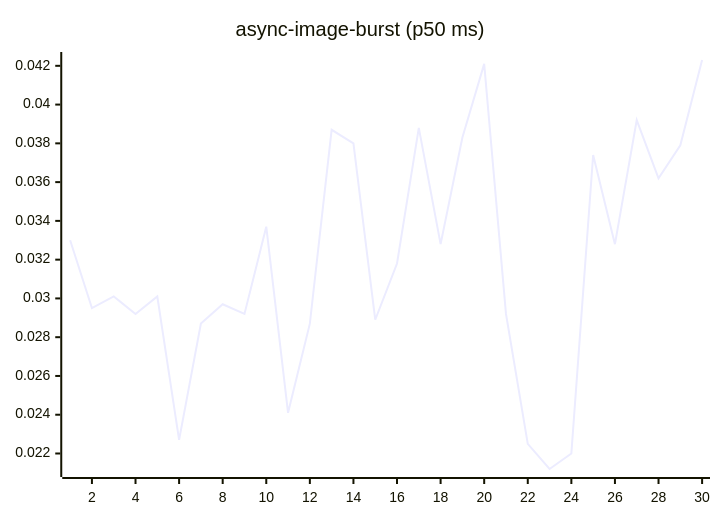
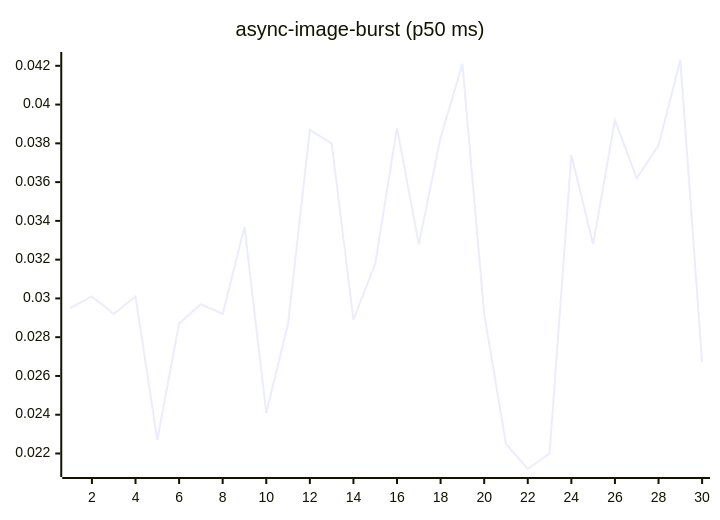
Before and after one commit to josha/Facet: the fourth of 27 diagrams in README.md, drawn with Mermaid. The commit also changed other lines of this file and 2 other files, not shown here.

````diff
--- a/README.md
+++ b/README.md
@@ -84,6 +84,6 @@
 ```mermaid
 xychart-beta
     title "async-image-burst (p50 ms)"
     x-axis 1 --> 30
-    line [0.0330, 0.0295, 0.0301, 0.0292, 0.0301, 0.0227, 0.0287, 0.0297, 0.0292, 0.0337, 0.0241, 0.0287, 0.0387, 0.0380, 0.0289, 0.0318, 0.0388, 0.0328, 0.0383, 0.0421, 0.0292, 0.0225, 0.0212, 0.0220, 0.0374, 0.0328, 0.0392, 0.0362, 0.0379, 0.0423]
+    line [0.0295, 0.0301, 0.0292, 0.0301, 0.0227, 0.0287, 0.0297, 0.0292, 0.0337, 0.0241, 0.0287, 0.0387, 0.0380, 0.0289, 0.0318, 0.0388, 0.0328, 0.0383, 0.0421, 0.0292, 0.0225, 0.0212, 0.0220, 0.0374, 0.0328, 0.0392, 0.0362, 0.0379, 0.0423, 0.0267]
 ```
````
